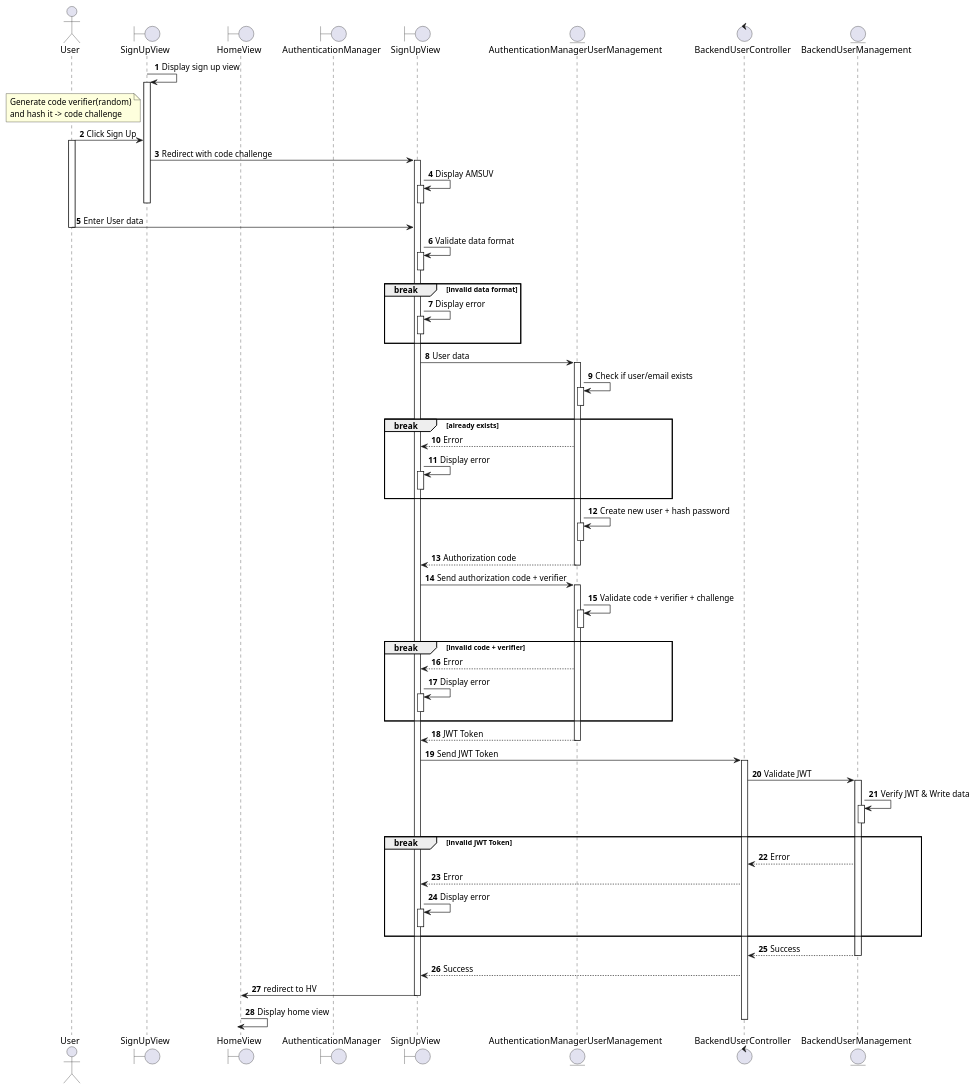
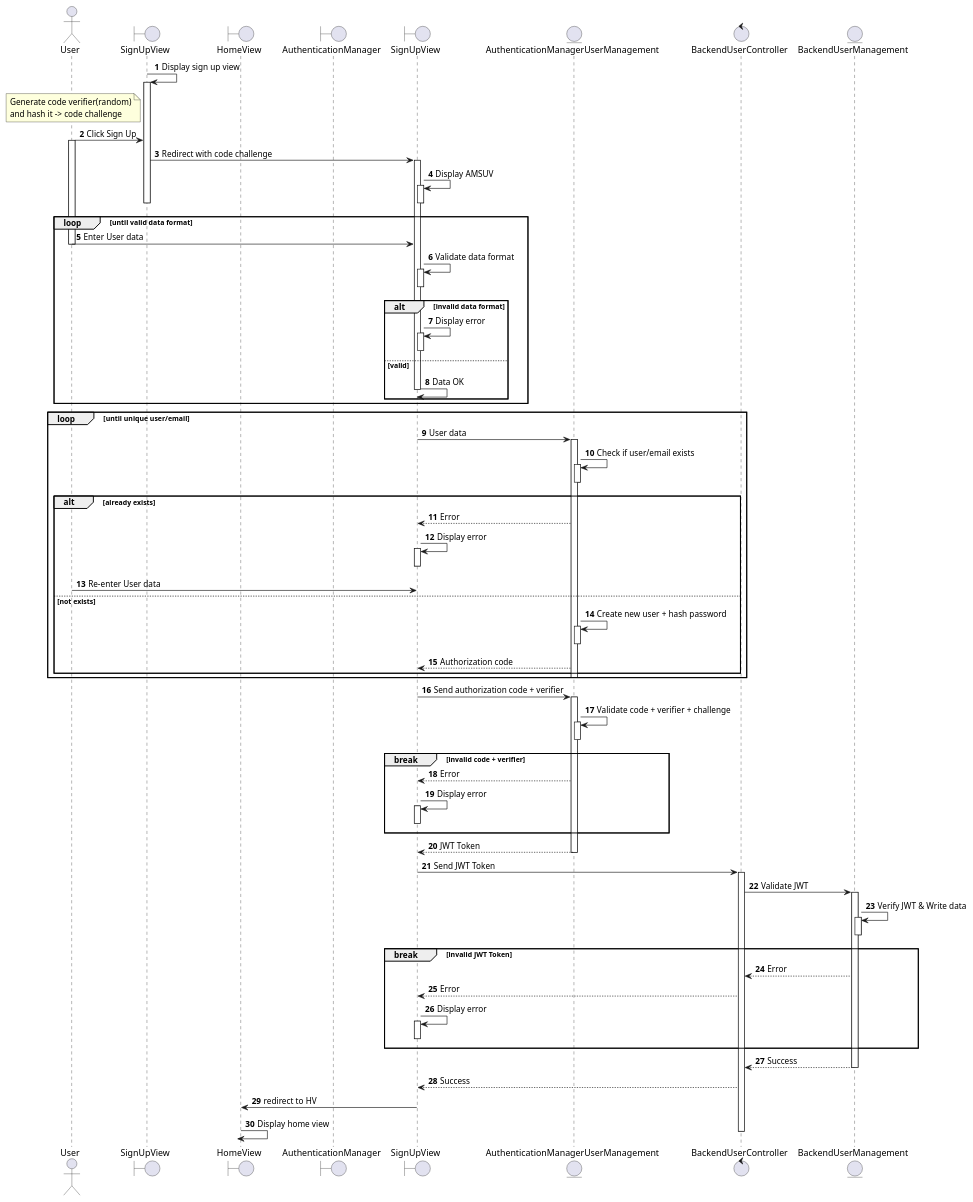
One commit to electricilies/electricilies.github.io changed the diagram in docs/docs/sequence/auth/sign-up.md. Above: the diagram before and after it, drawn with PlantUML. The commit also changed 1 other file, not shown here.

Commit message:
chore: loop is great

````diff
--- a/docs/docs/sequence/auth/sign-up.md
+++ b/docs/docs/sequence/auth/sign-up.md
@@ -26,38 +26,46 @@
 
 deactivate SUV
 
-U -> AMSUV: Enter User data
-deactivate U
+loop until valid data format
+  U -> AMSUV: Enter User data
+  deactivate U
 
-AMSUV -> AMSUV: Validate data format
-activate AMSUV
-deactivate AMSUV
-
-break invalid data format
-  AMSUV -> AMSUV: Display error
+  AMSUV -> AMSUV: Validate data format
   activate AMSUV
   deactivate AMSUV
+
+  alt invalid data format
+    AMSUV -> AMSUV: Display error
+    activate AMSUV
+    deactivate AMSUV
+  else valid
+    AMSUV -> AMSUV: Data OK
+    deactivate AMSUV
+  end
 end
 
-AMSUV -> AMUM: User data
-activate AMUM
-AMUM -> AMUM: Check if user/email exists
-activate AMUM
-deactivate AMUM
+loop until unique user/email
+  AMSUV -> AMUM: User data
+  activate AMUM
+  AMUM -> AMUM: Check if user/email exists
+  activate AMUM
+  deactivate AMUM
 
-break already exists
-  AMSUV <-- AMUM: Error
-  AMSUV -> AMSUV: Display error
-  activate AMSUV
-  deactivate AMSUV
+  alt already exists
+    AMSUV <-- AMUM: Error
+    AMSUV -> AMSUV: Display error
+    activate AMSUV
+    deactivate AMSUV
+    U -> AMSUV: Re-enter User data
+    deactivate U
+  else not exists
+    AMUM -> AMUM: Create new user + hash password
+    activate AMUM
+    deactivate AMUM
+    AMSUV <-- AMUM: Authorization code
+  end
+  deactivate AMUM
 end
-
-AMUM -> AMUM: Create new user + hash password
-activate AMUM
-deactivate AMUM
-
-AMSUV <-- AMUM: Authorization code
-deactivate AMUM
 
 AMSUV -> AMUM: Send authorization code + verifier
 activate AMUM
@@ -102,4 +110,5 @@
 deactivate BUC
 deactivate HV
 @enduml
+
 ```
````
